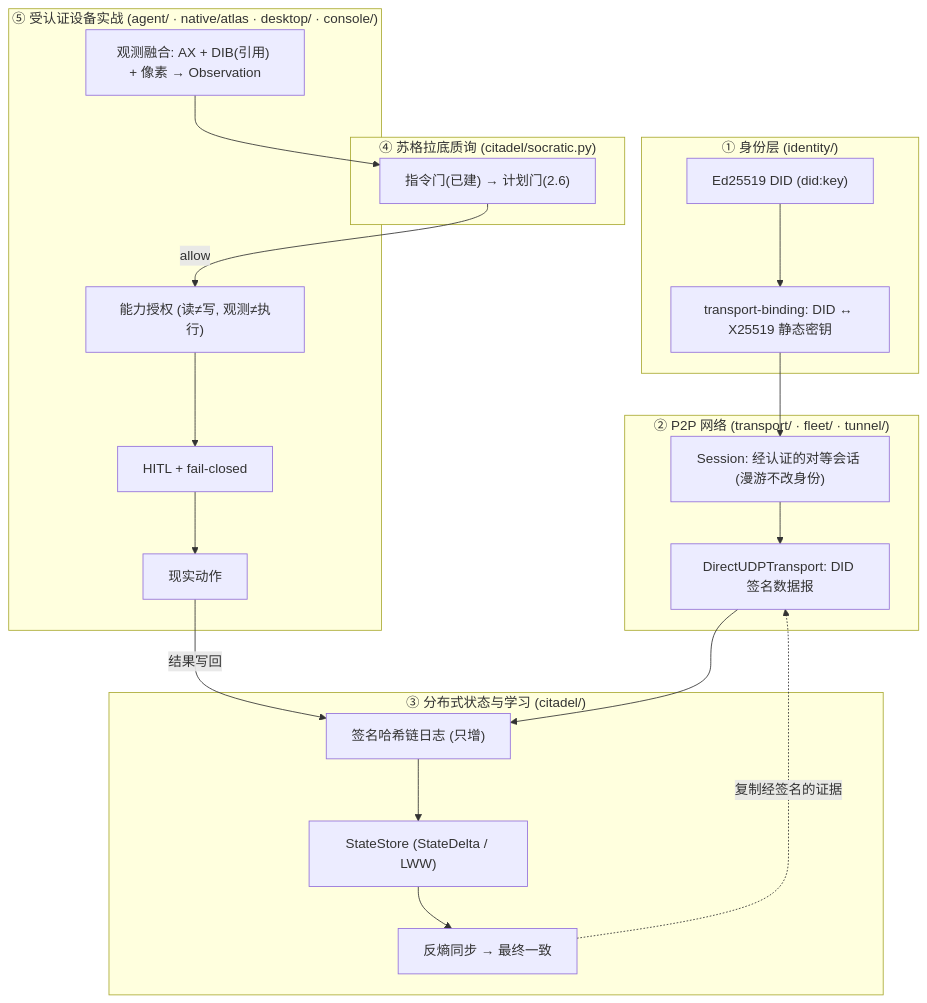
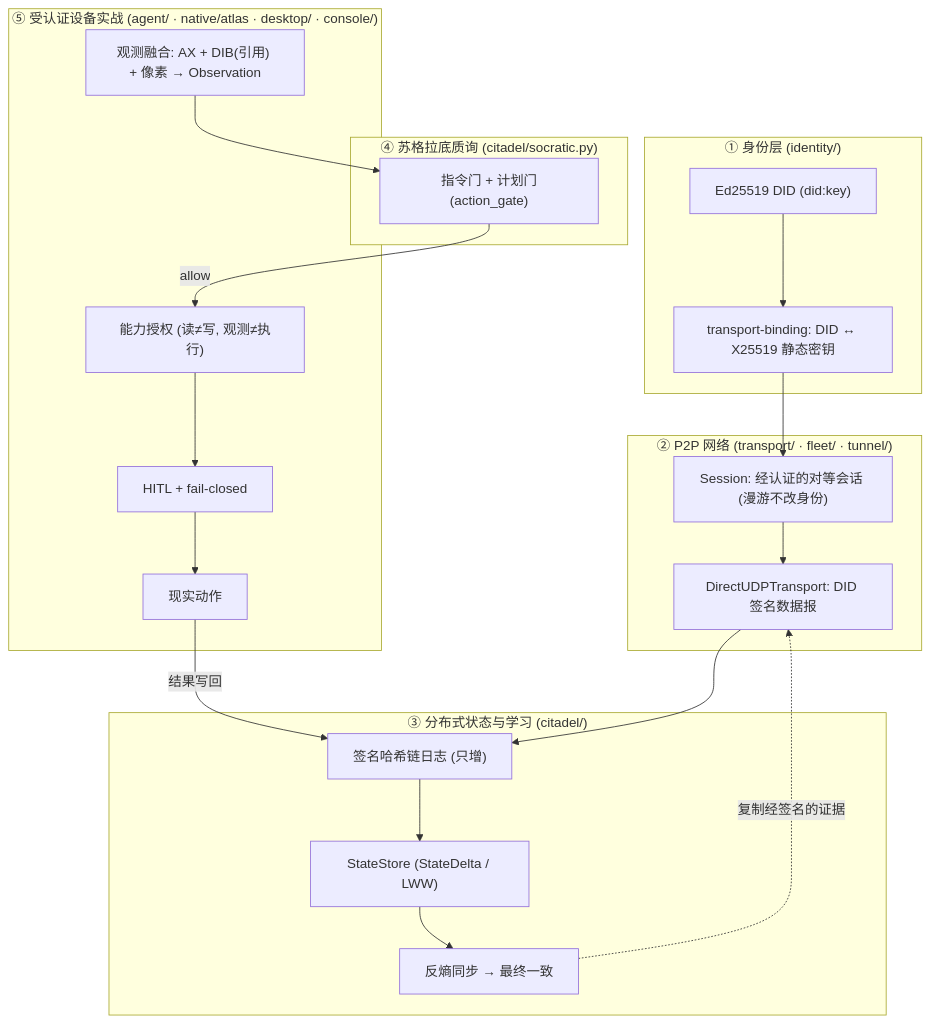
One commit to Larrydev-cpp/secdogie changed the diagram in ARCHITECTURE.zh.md. Above: the diagram before and after it, drawn with Mermaid. The commit also changed other lines of this file and 5 other files, not shown here.

````diff
--- a/ARCHITECTURE.zh.md
+++ b/ARCHITECTURE.zh.md
@@ -102,31 +102,31 @@
 ```mermaid
 flowchart TB
     subgraph ID["① 身份层 (identity/)"]
         did["Ed25519 DID (did:key)"]
         bind["transport-binding: DID ↔ X25519 静态密钥"]
         did --> bind
     end
     subgraph NET["② P2P 网络 (transport/ · fleet/ · tunnel/)"]
         sess["Session: 经认证的对等会话 (漫游不改身份)"]
         direct["DirectUDPTransport: DID 签名数据报"]
         bind --> sess --> direct
     end
     subgraph STATE["③ 分布式状态与学习 (citadel/)"]
         jrnl["签名哈希链日志 (只增)"]
         store["StateStore (StateDelta / LWW)"]
         sync["反熵同步 → 最终一致"]
         direct --> jrnl --> store --> sync
         sync -.->|复制经签名的证据| direct
     end
     subgraph MIND["④ 苏格拉底质询 (citadel/socratic.py)"]
-        gate["指令门(已建) → 计划门(2.6)"]
+        gate["指令门 + 计划门(action_gate)"]
     end
     subgraph ACT["⑤ 受认证设备实战 (agent/ · native/atlas · desktop/ · console/)"]
         obs["观测融合: AX + DIB(引用) + 像素 → Observation"]
         cap["能力授权 (读≠写, 观测≠执行)"]
         hitl["HITL + fail-closed"]
         obs --> gate
         gate -->|allow| cap --> hitl --> world["现实动作"]
         world -->|结果写回| jrnl
     end
 ```
````
